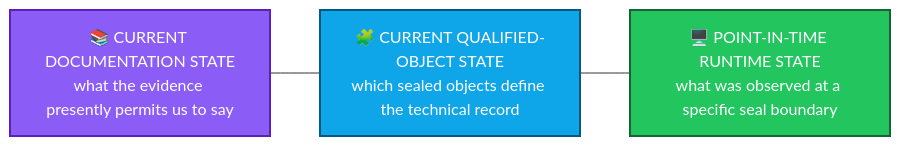
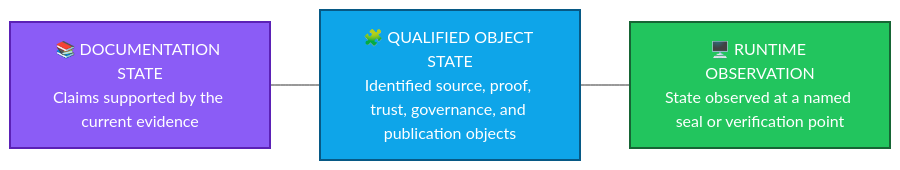
Before and after one commit to kiddstechnical/ALLIS-Artificial-Learning-and-Location-Intelligence-System: the first of 9 diagrams in CURRENT.md, drawn with Mermaid. The commit also changed other lines of this file, not shown here.

````diff
--- a/CURRENT.md
+++ b/CURRENT.md
@@ -56,13 +53,13 @@
 ```mermaid
 flowchart LR
-    A["📚 CURRENT DOCUMENTATION STATE<br/>what the evidence presently permits us to say"]:::doc
-    B["🧩 CURRENT QUALIFIED-OBJECT STATE<br/>which sealed objects define the technical record"]:::obj
-    C["🖥️ POINT-IN-TIME RUNTIME STATE<br/>what was observed at a specific seal boundary"]:::run
+    A["📚 DOCUMENTATION STATE<br/>Claims supported by the current evidence"]:::doc
+    B["🧩 QUALIFIED OBJECT STATE<br/>Identified source, proof, trust, governance, and publication objects"]:::obj
+    C["🖥️ RUNTIME OBSERVATION<br/>State observed at a named seal or verification point"]:::run
 
     A --- B
     B --- C
 
     classDef doc fill:#8b5cf6,stroke:#5b21b6,color:#ffffff,stroke-width:2px;
     classDef obj fill:#0ea5e9,stroke:#075985,color:#ffffff,stroke-width:2px;
     classDef run fill:#22c55e,stroke:#166534,color:#ffffff,stroke-width:2px;
 ```
````
